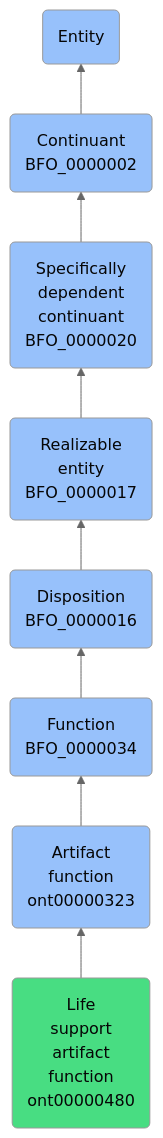
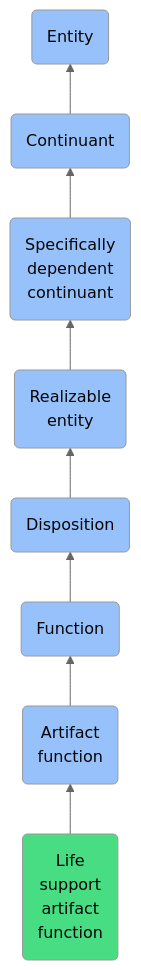
Before and after one commit to jupyter-naas/abi: the diagram in docs/ontology/reference/model/Entity/Continuant/Specifically dependent continuant/Realizable entity/Disposition/Function/Artifact function/Life support artifact function/Life support artifact function.md, drawn with Mermaid (neutral theme). The commit also changed other lines of this file and 1430 other files, not shown here.

````diff
--- a/docs/ontology/reference/model/Entity/Continuant/Specifically dependent continuant/Realizable entity/Disposition/Function/Artifact function/Life support artifact function/Life support artifact function.md
+++ b/docs/ontology/reference/model/Entity/Continuant/Specifically dependent continuant/Realizable entity/Disposition/Function/Artifact function/Life support artifact function/Life support artifact function.md
@@ -24,15 +24,15 @@
 ```mermaid
 graph BT
-    ont00000480(Life<br>support<br>artifact<br>function<br>ont00000480):::ABI-->ont00000323
-    ont00000323(Artifact<br>function<br>ont00000323):::BFO-->BFO_0000034
-    BFO_0000034(Function<br>BFO_0000034):::BFO-->BFO_0000016
-    BFO_0000016(Disposition<br>BFO_0000016):::BFO-->BFO_0000017
-    BFO_0000017(Realizable<br>entity<br>BFO_0000017):::BFO-->BFO_0000020
-    BFO_0000020(Specifically<br>dependent<br>continuant<br>BFO_0000020):::BFO-->BFO_0000002
-    BFO_0000002(Continuant<br>BFO_0000002):::BFO-->BFO_0000001
+    ont00000480(Life<br>support<br>artifact<br>function):::ABI-->ont00000323
+    ont00000323(Artifact<br>function):::BFO-->BFO_0000034
+    BFO_0000034(Function):::BFO-->BFO_0000016
+    BFO_0000016(Disposition):::BFO-->BFO_0000017
+    BFO_0000017(Realizable<br>entity):::BFO-->BFO_0000020
+    BFO_0000020(Specifically<br>dependent<br>continuant):::BFO-->BFO_0000002
+    BFO_0000002(Continuant):::BFO-->BFO_0000001
     BFO_0000001(Entity):::BFO
     
     classDef BFO fill:#97c1fb,color:#060606
     classDef CCO fill:#e4c51e,color:#060606
     classDef ABI fill:#48DD82,color:#060606
 ```
````
